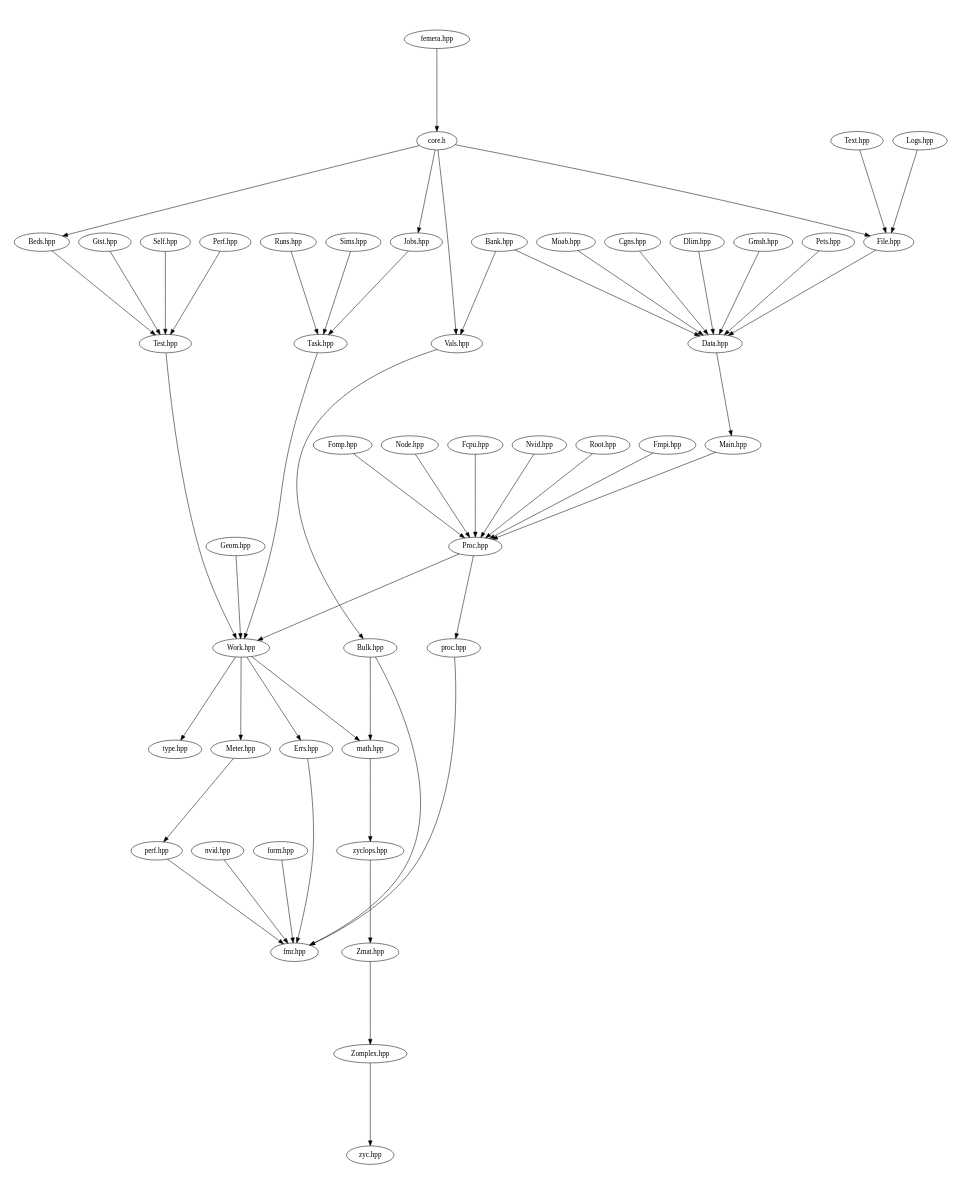
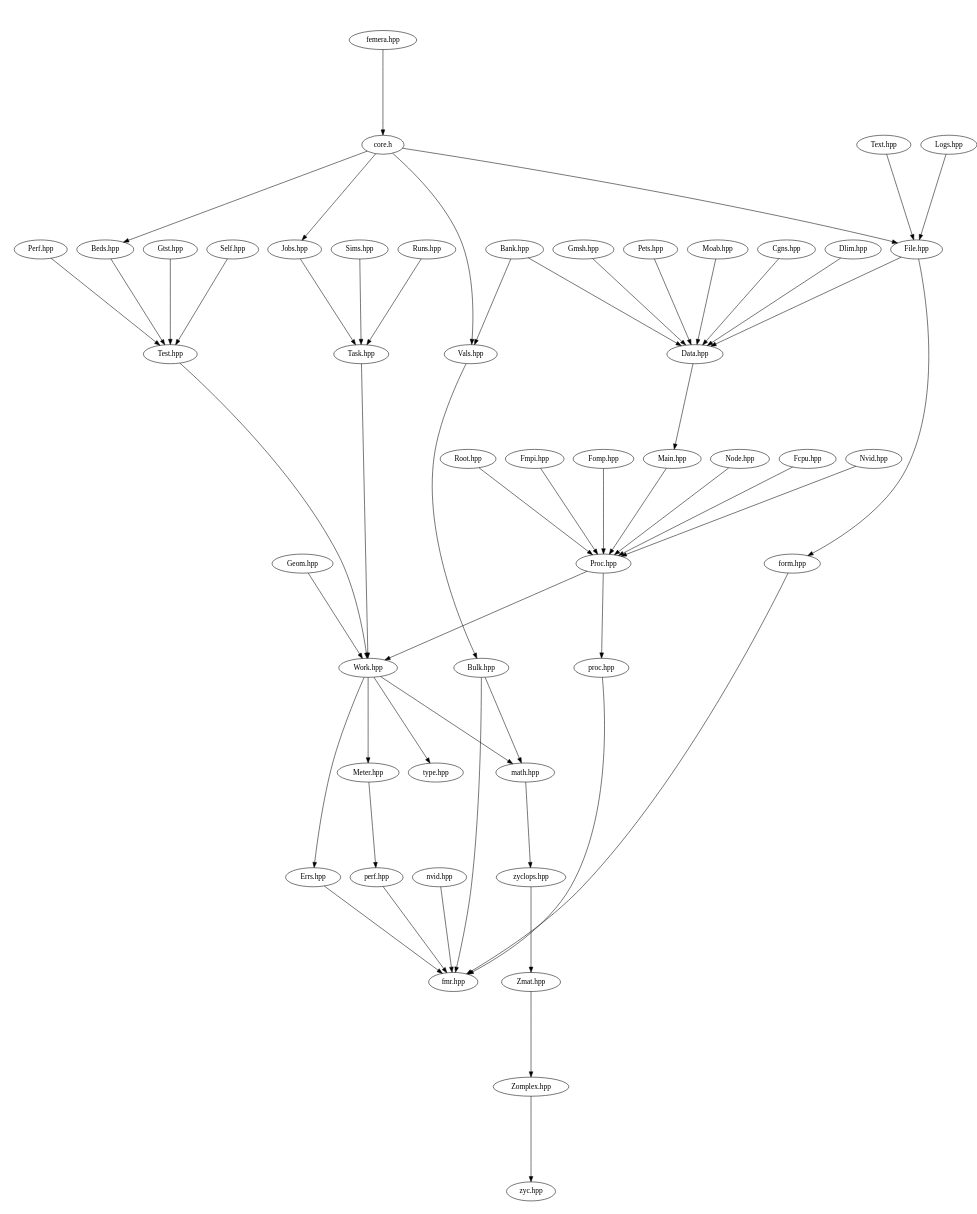
The diagram in src/docs/src-headers.dot (waggyz/femera-mini-app), drawn with Graphviz before and after one commit. The commit also changed 8 other files, not shown here.

```diff
--- a/src/docs/src-headers.dot
+++ b/src/docs/src-headers.dot
@@ -1,60 +1,61 @@
 digraph "source tree" {
     overlap=scale;
     size="8,10";
     ratio="fill";
     fontsize="16";
     fontname="Helvetica";
 	clusterrank="local";
 	"Zmat.hpp" -> "Zomplex.hpp"
 	"Meter.hpp" -> "perf.hpp"
 	"Work.hpp" -> "Errs.hpp"
 	"Proc.hpp" -> "proc.hpp"
 	"Nvid.hpp" -> "Proc.hpp"
 	"Root.hpp" -> "Proc.hpp"
 	"Perf.hpp" -> "Test.hpp"
 	"nvid.hpp" -> "fmr.hpp"
 	"perf.hpp" -> "fmr.hpp"
 	"Work.hpp" -> "math.hpp"
 	"Bulk.hpp" -> "math.hpp"
 	"Fmpi.hpp" -> "Proc.hpp"
 	"Test.hpp" -> "Work.hpp"
 	"Fomp.hpp" -> "Proc.hpp"
 	"Data.hpp" -> "Main.hpp"
 	"zyclops.hpp" -> "Zmat.hpp"
 	"core.h" -> "Beds.hpp"
 	"Errs.hpp" -> "fmr.hpp"
 	"Task.hpp" -> "Work.hpp"
 	"Gmsh.hpp" -> "Data.hpp"
 	"Node.hpp" -> "Proc.hpp"
 	"Geom.hpp" -> "Work.hpp"
 	"File.hpp" -> "Data.hpp"
 	"Vals.hpp" -> "Bulk.hpp"
 	"core.h" -> "Vals.hpp"
 	"Beds.hpp" -> "Test.hpp"
 	"form.hpp" -> "fmr.hpp"
 	"Gtst.hpp" -> "Test.hpp"
 	"Work.hpp" -> "Meter.hpp"
 	"Runs.hpp" -> "Task.hpp"
 	"Text.hpp" -> "File.hpp"
 	"proc.hpp" -> "fmr.hpp"
 	"math.hpp" -> "zyclops.hpp"
 	"Pets.hpp" -> "Data.hpp"
 	"Work.hpp" -> "type.hpp"
 	"Fcpu.hpp" -> "Proc.hpp"
 	"Moab.hpp" -> "Data.hpp"
 	"Cgns.hpp" -> "Data.hpp"
 	"core.h" -> "File.hpp"
 	"Bulk.hpp" -> "fmr.hpp"
 	"Self.hpp" -> "Test.hpp"
 	"core.h" -> "Jobs.hpp"
 	"Bank.hpp" -> "Vals.hpp"
 	"Zomplex.hpp" -> "zyc.hpp"
 	"Logs.hpp" -> "File.hpp"
 	"Proc.hpp" -> "Work.hpp"
+	"File.hpp" -> "form.hpp"
 	"Sims.hpp" -> "Task.hpp"
 	"femera.hpp" -> "core.h"
 	"Bank.hpp" -> "Data.hpp"
 	"Dlim.hpp" -> "Data.hpp"
 	"Main.hpp" -> "Proc.hpp"
 	"Jobs.hpp" -> "Task.hpp"
 }
```
